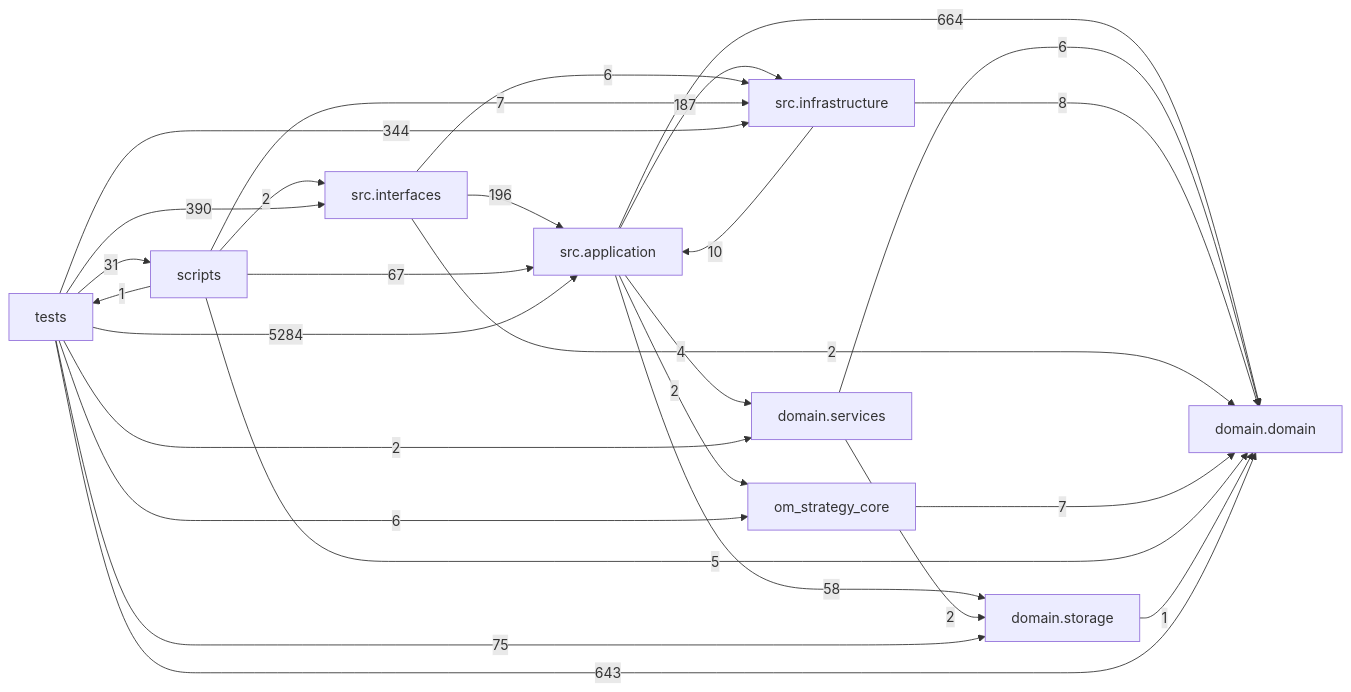
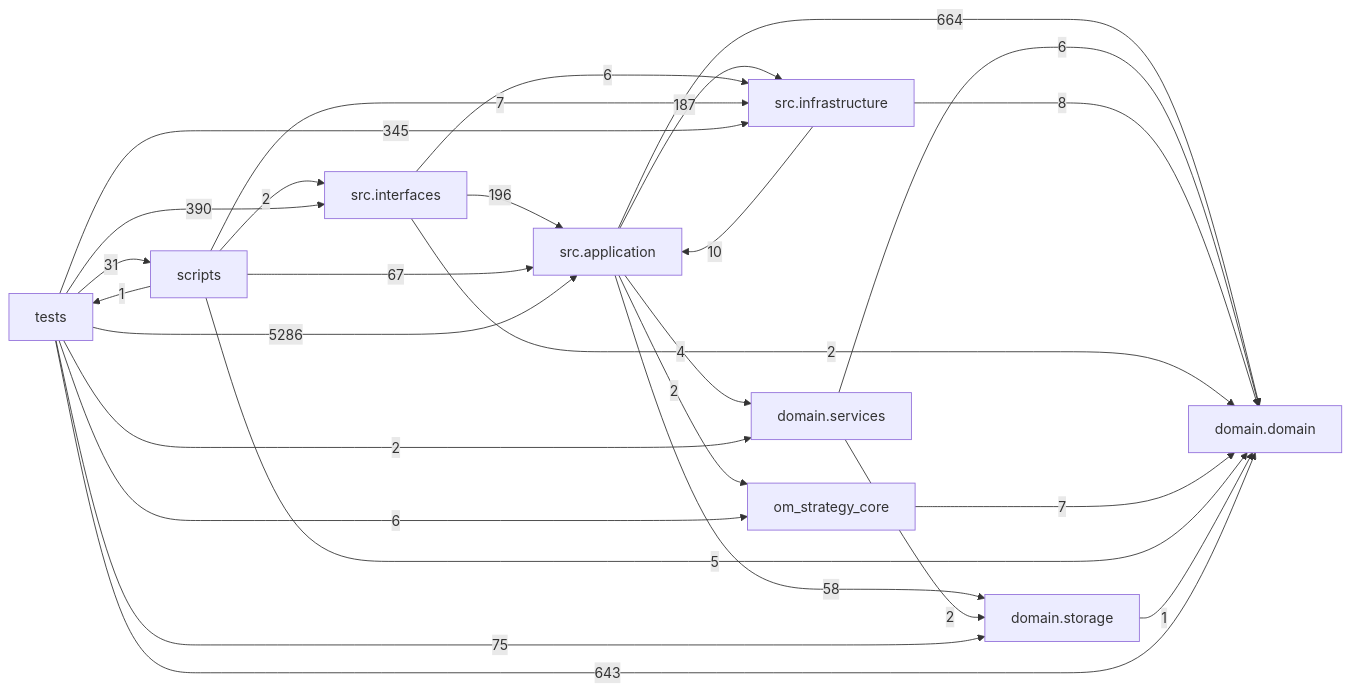
One commit to liuxie066/options-monitor changed the diagram in docs/DEPENDENCY_GRAPH.md. Above: the diagram before and after it, drawn with Mermaid. The commit also changed other lines of this file and 2 other files, not shown here.

````diff
--- a/docs/DEPENDENCY_GRAPH.md
+++ b/docs/DEPENDENCY_GRAPH.md
@@ -24,38 +24,38 @@
 ```mermaid
 flowchart LR
   tests["tests"]
   scripts["scripts"]
   interfaces["src.interfaces"]
   application["src.application"]
   infrastructure["src.infrastructure"]
   domain_services["domain.services"]
   domain["domain.domain"]
   storage["domain.storage"]
   application -->|664| domain
   application -->|4| domain_services
   application -->|187| infrastructure
   application -->|2| om_strategy_core
   application -->|58| storage
   domain_services -->|6| domain
   domain_services -->|2| storage
   infrastructure -->|10| application
   infrastructure -->|8| domain
   interfaces -->|196| application
   interfaces -->|2| domain
   interfaces -->|6| infrastructure
   om_strategy_core -->|7| domain
   scripts -->|67| application
   scripts -->|5| domain
   scripts -->|7| infrastructure
   scripts -->|2| interfaces
   scripts -->|1| tests
   storage -->|1| domain
-  tests -->|5284| application
+  tests -->|5286| application
   tests -->|643| domain
   tests -->|2| domain_services
-  tests -->|344| infrastructure
+  tests -->|345| infrastructure
   tests -->|390| interfaces
   tests -->|6| om_strategy_core
   tests -->|31| scripts
   tests -->|75| storage
 ```
````
